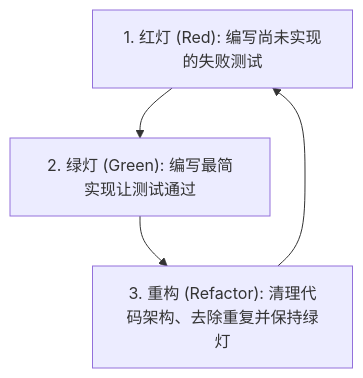
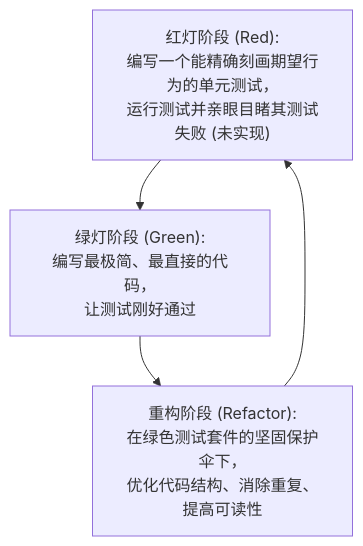
Before and after one commit to easonlines2007/easonlin-blog: the diagram in src/content/notes/CS61B/lecture-06.md, drawn with Mermaid. The commit also changed other lines of this file and 230 other files, not shown here.

````diff
--- a/src/content/notes/CS61B/lecture-06.md
+++ b/src/content/notes/CS61B/lecture-06.md
@@ -68,6 +38,6 @@
 ```mermaid
-graph TD
-    RED["1. 红灯 (Red): 编写尚未实现的失败测试"] --> GREEN["2. 绿灯 (Green): 编写最简实现让测试通过"]
-    GREEN --> REFACTOR["3. 重构 (Refactor): 清理代码架构、去除重复并保持绿灯"]
-    REFACTOR --> RED
+flowchart TD
+    A["红灯阶段 (Red):<br>编写一个能精确刻画期望行为的单元测试，<br>运行测试并亲眼目睹其测试失败 (未实现)"] --> B["绿灯阶段 (Green):<br>编写最极简、最直接的代码，<br>让测试刚好通过"]
+    B --> C["重构阶段 (Refactor):<br>在绿色测试套件的坚固保护伞下，<br>优化代码结构、消除重复、提高可读性"]
+    C --> A
 ```
````
